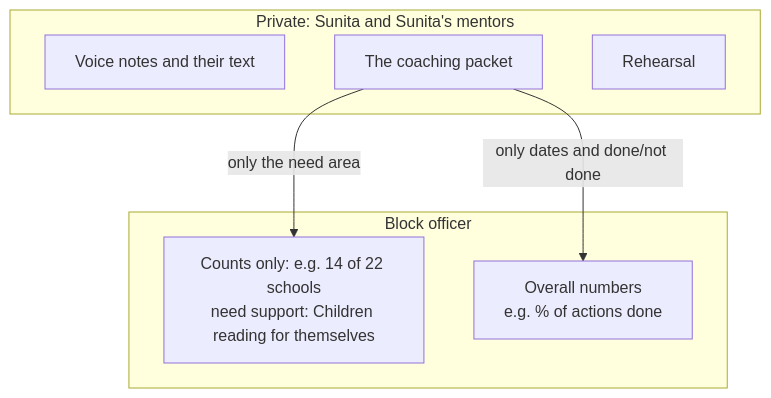
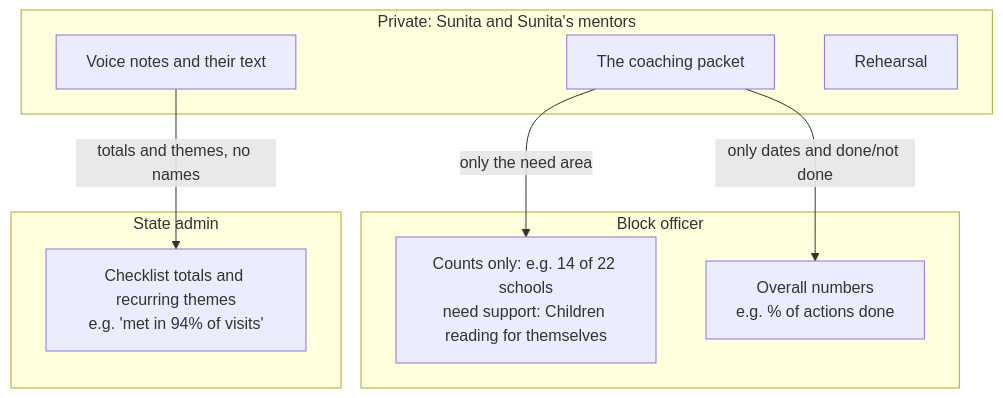
The third of 3 diagrams in FLOW.md (Pratham-1604/visit-coach), drawn with Mermaid before and after one commit. The commit also changed other lines of this file and 7 other files, not shown here.

````diff
--- a/FLOW.md
+++ b/FLOW.md
@@ -146,14 +179,18 @@
 ```mermaid
 flowchart TB
     subgraph Private["Private: Sunita and Sunita's mentors"]
         N["Voice notes and their text"]
         K["The coaching packet"]
         R["Rehearsal"]
     end
     subgraph Block["Block officer"]
         G["Counts only: e.g. 14 of 22 schools<br/>need support: Children reading for themselves"]
         M["Overall numbers<br/>e.g. % of actions done"]
     end
+    subgraph State["State admin"]
+        S["Checklist totals and recurring themes<br/>e.g. 'met in 94% of visits'"]
+    end
     K -- "only the need area" --> G
     K -- "only dates and done/not done" --> M
+    N -- "totals and themes, no names" --> S
 ```
````
